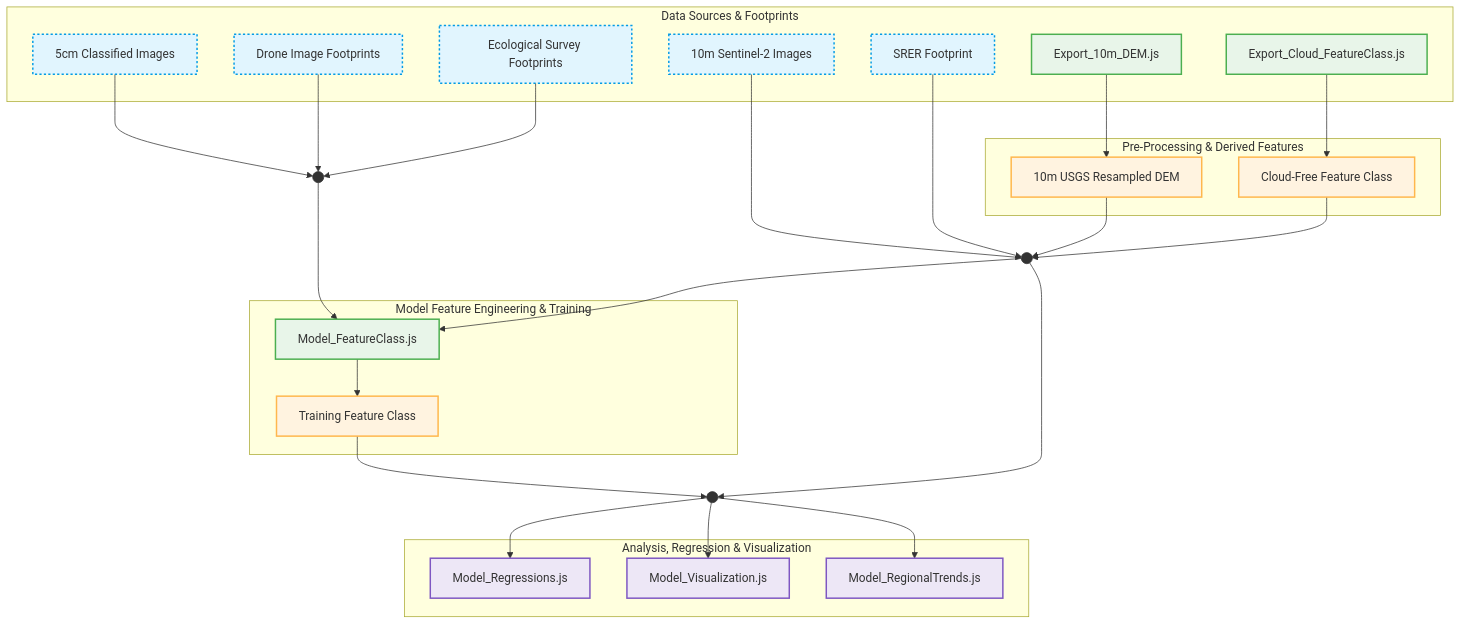
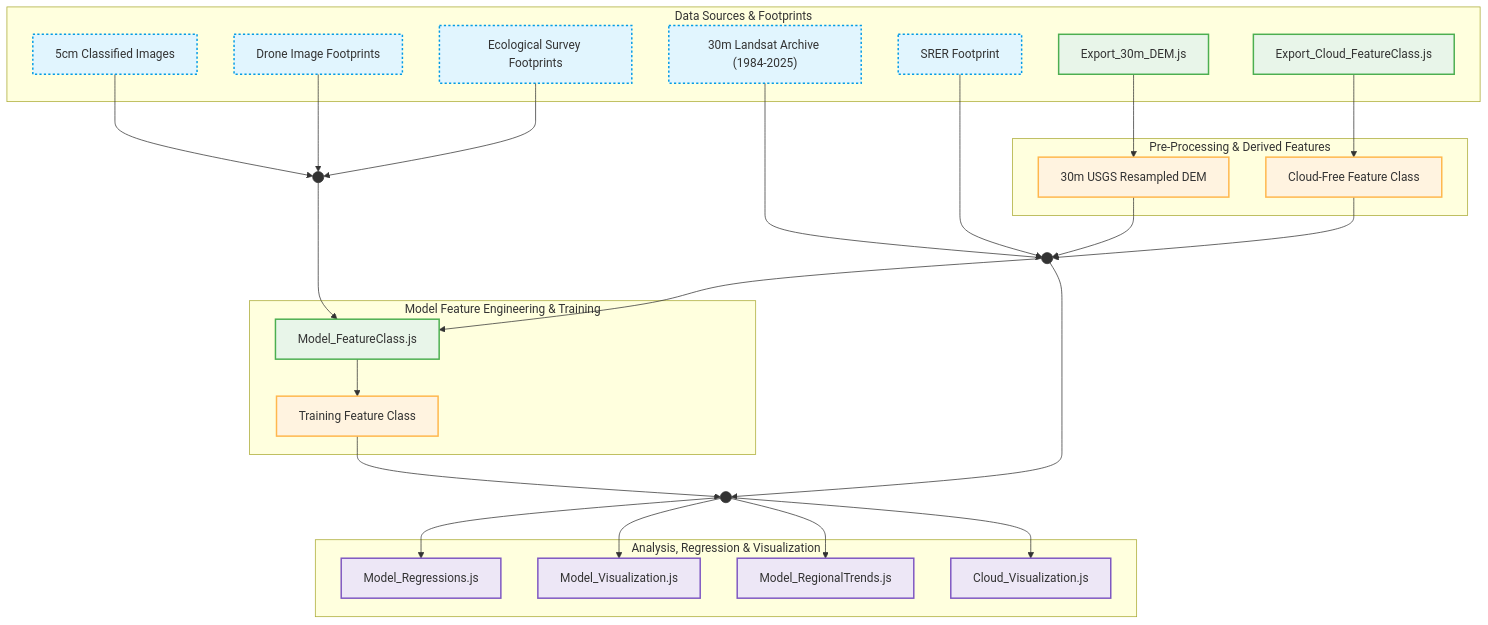
One commit to afullhart/SantaRita changed the diagram in README.md. Above: the diagram before and after it, drawn with Mermaid.

Commit message:
Update inputs and outputs in README.md

````diff
--- a/README.md
+++ b/README.md
@@ -14,17 +14,17 @@
     I1["5cm Classified Images"]
     I2["Drone Image Footprints"]
     I3["Ecological Survey Footprints"]
-    I4["10m Sentinel-2 Images"]
+    I4["30m Landsat Archive (1984-2025)"]
     I5["SRER Footprint"]
     
     %% Script-based pre-processing inputs
-    S1["Export_10m_DEM.js"]
+    S1["Export_30m_DEM.js"]
     S2["Export_Cloud_FeatureClass.js"]
   end
 
   %% --- LEVEL 2: PRE-PROCESSING & INTERMEDIATE PRODUCTS ---
   subgraph PreProcessing [Pre-Processing & Derived Features]
-    P1["10m USGS Resampled DEM"]
+    P1["30m USGS Resampled DEM"]
     P2["Cloud-Free Feature Class"]
   end
 
@@ -44,6 +44,7 @@
     O1["Model_Regressions.js"]
     O2["Model_Visualization.js"]
     O5["Model_RegionalTrends.js"]
+    O6["Cloud_Visualization.js"]
   end
 
   %% --- FLOW CONNECTIONS ---
@@ -79,10 +80,11 @@
   J2 --> O1
   J2 --> O2
   J2 --> O5
+  J2 --> O6
 
   %% Assigning Classes for Visual Distinction
   class I1,I2,I3,I4,I5 input;
   class P1,P2,T1 intermediate;
   class S1,S2,S3 script;
-  class O1,O2,O5 output;
+  class O1,O2,O5,O6 output;
 ```
````
